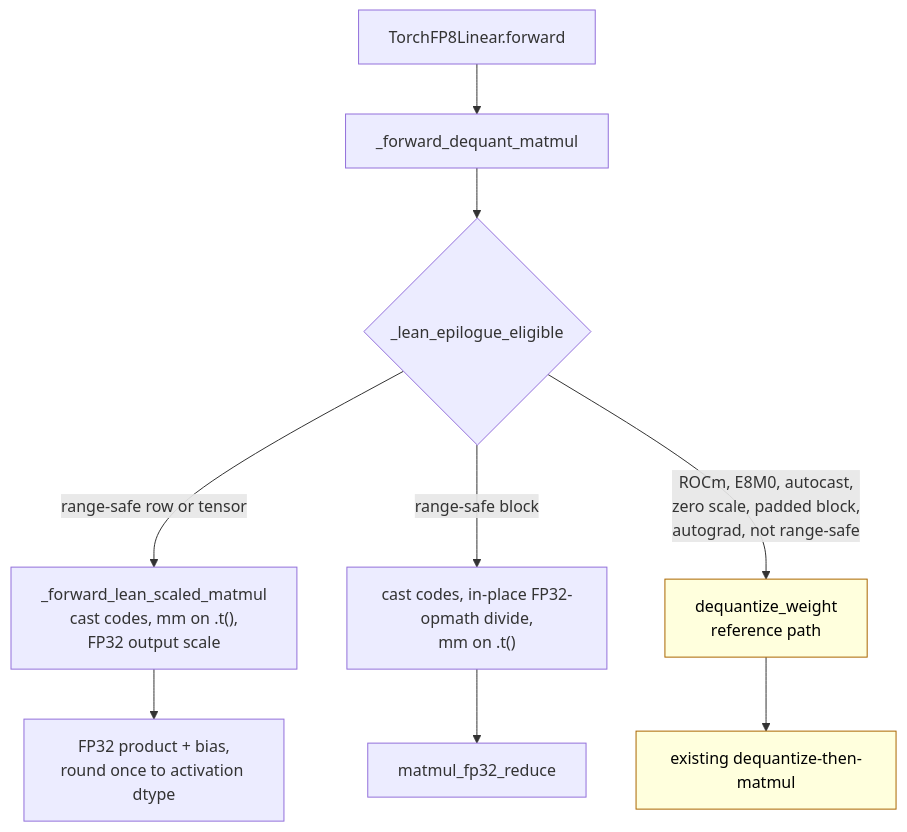
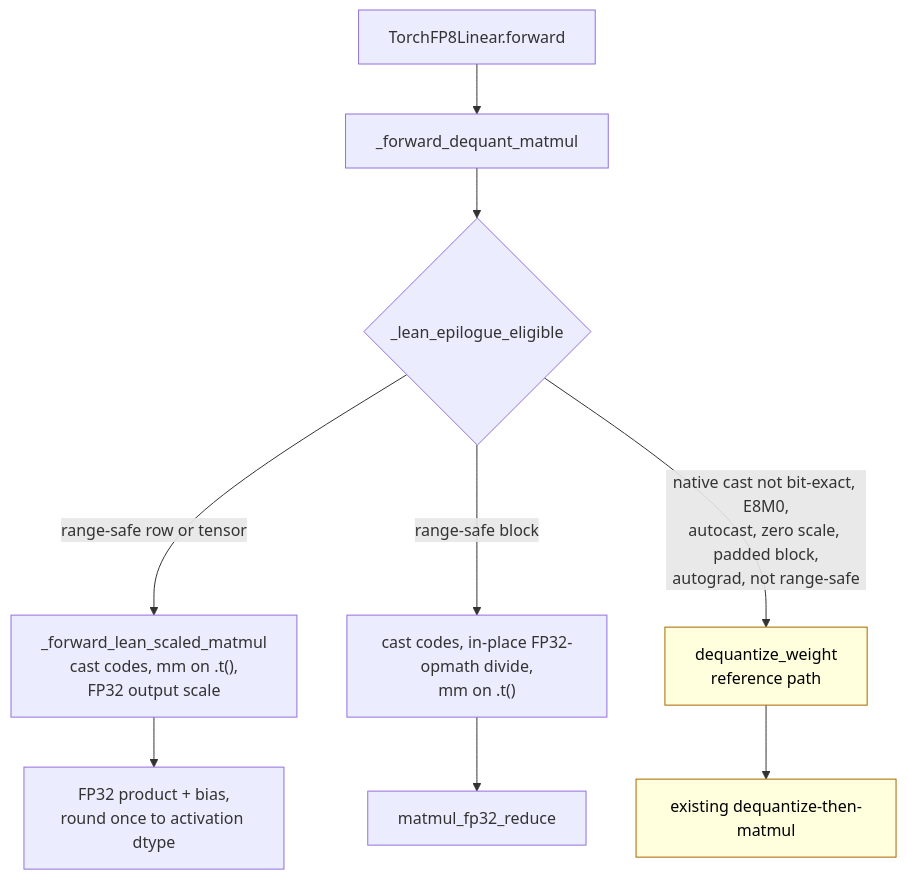
One commit to ModelCloud/GPTQModel changed the second of 2 diagrams in docs/fp8-lean-decode-epilogue.md. Above: the diagram before and after it, drawn with Mermaid. The commit also changed other lines of this file and 2 other files, not shown here.

Commit message:
fix(fp8): measure the native cast contract instead of gating every ROCm device (#5429)

````diff
--- a/docs/fp8-lean-decode-epilogue.md
+++ b/docs/fp8-lean-decode-epilogue.md
@@ -68,13 +72,13 @@
 ```mermaid
 flowchart TD
     A["TorchFP8Linear.forward"] --> B["_forward_dequant_matmul"]
     B --> C{"_lean_epilogue_eligible"}
     C -- "range-safe row or tensor" --> D["_forward_lean_scaled_matmul<br/>cast codes, mm on .t(),<br/>FP32 output scale"]
     C -- "range-safe block" --> E["cast codes, in-place FP32-opmath divide,<br/>mm on .t()"]
-    C -- "ROCm, E8M0, autocast,<br/>zero scale, padded block,<br/>autograd, not range-safe" --> F["dequantize_weight<br/>reference path"]
+    C -- "native cast not bit-exact, E8M0,<br/>autocast, zero scale, padded block,<br/>autograd, not range-safe" --> F["dequantize_weight<br/>reference path"]
     D --> G["FP32 product + bias,<br/>round once to activation dtype"]
     E --> H["matmul_fp32_reduce"]
     F --> I["existing dequantize-then-matmul"]
     classDef fallback fill:#ffd,stroke:#a60,color:#000
     class F,I fallback
 ```
````
